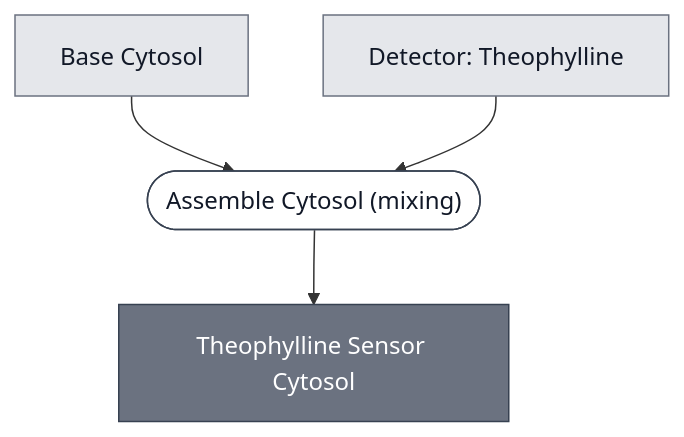
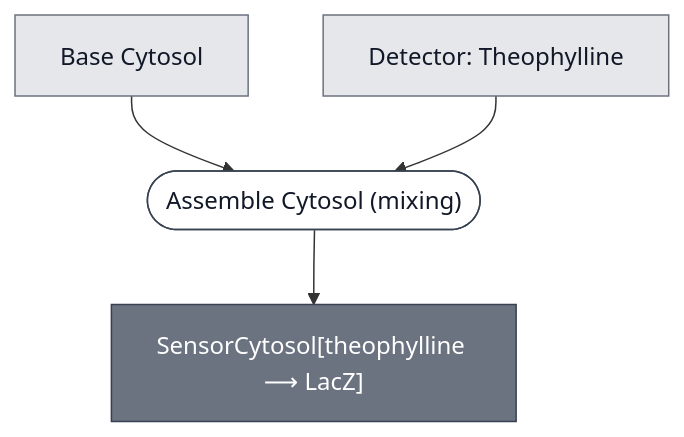
One commit to nucleus-eng/nucleus-docs changed the diagram in docs/modules/theophylline-sensor-cytosol/spec.md. Above: the diagram before and after it, drawn with Mermaid. The commit also changed other lines of this file and 12 other files, not shown here.

````diff
--- a/docs/modules/theophylline-sensor-cytosol/spec.md
+++ b/docs/modules/theophylline-sensor-cytosol/spec.md
@@ -31,25 +31,25 @@
 ```mermaid
 flowchart TD
     BASE_CYTOSOL["Base Cytosol"]
     DETECTOR_THEOPHYLLINE["Detector: Theophylline"]
 
     P1_ASSEMBLE_CYTOSOL_0(["Assemble Cytosol (mixing)"])
-    THEOPHYLLINE_SENSOR_CYTOSOL["Theophylline Sensor Cytosol"]
+    THEOPHYLLINE_SENSOR_CYTOSOL["SensorCytosol[theophylline ⟶ LacZ]"]
 
     BASE_CYTOSOL --> P1_ASSEMBLE_CYTOSOL_0
     DETECTOR_THEOPHYLLINE --> P1_ASSEMBLE_CYTOSOL_0
     P1_ASSEMBLE_CYTOSOL_0 --> THEOPHYLLINE_SENSOR_CYTOSOL
 
 
     classDef leaf     fill:#e5e7eb,stroke:#6b7280,color:#111827;
     classDef composed fill:#6b7280,stroke:#374151,color:#ffffff;
     classDef process  fill:#ffffff,stroke:#374151,color:#111827;
     class BASE_CYTOSOL,DETECTOR_THEOPHYLLINE leaf;
     class THEOPHYLLINE_SENSOR_CYTOSOL composed;
     class P1_ASSEMBLE_CYTOSOL_0 process;
 
     click BASE_CYTOSOL "/docs/modules/base-cytosol/spec"
     click DETECTOR_THEOPHYLLINE "/docs/modules/detector-theophylline/spec"
     click P1_ASSEMBLE_CYTOSOL_0 "/docs/processes/assemble-cytosol/assemble-cytosol-main"
     click THEOPHYLLINE_SENSOR_CYTOSOL "/docs/modules/theophylline-sensor-cytosol/spec"
 ```
````
